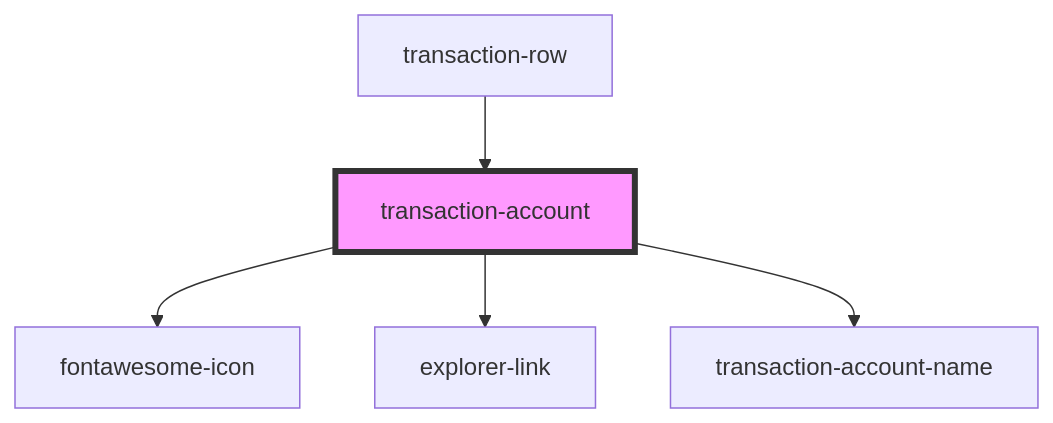
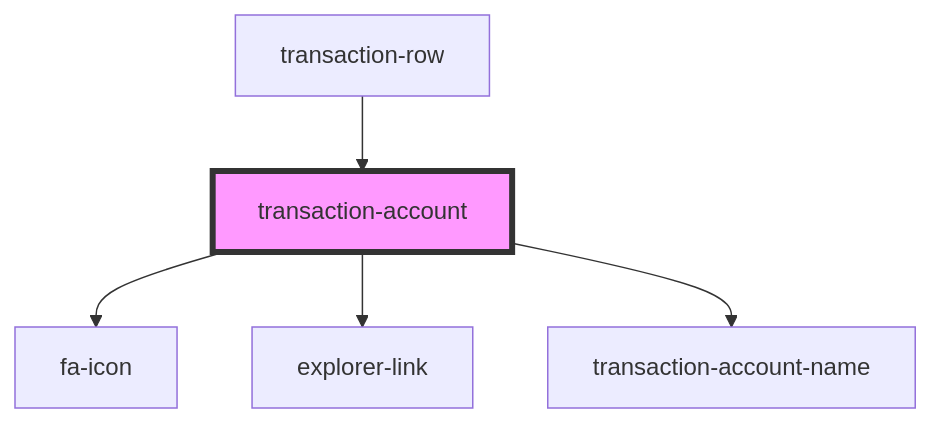
Before and after one commit to multiversx/mx-sdk-dapp-ui: the diagram in src/components/transactions-table/components/transaction-account/readme.md, drawn with Mermaid. The commit also changed other lines of this file and 29 other files, not shown here.

````diff
--- a/src/components/transactions-table/components/transaction-account/readme.md
+++ b/src/components/transactions-table/components/transaction-account/readme.md
@@ -32,8 +32,8 @@
 ```mermaid
 graph TD;
-  transaction-account --> fontawesome-icon
+  transaction-account --> fa-icon
   transaction-account --> explorer-link
   transaction-account --> transaction-account-name
   transaction-row --> transaction-account
   style transaction-account fill:#f9f,stroke:#333,stroke-width:4px
 ```
````
